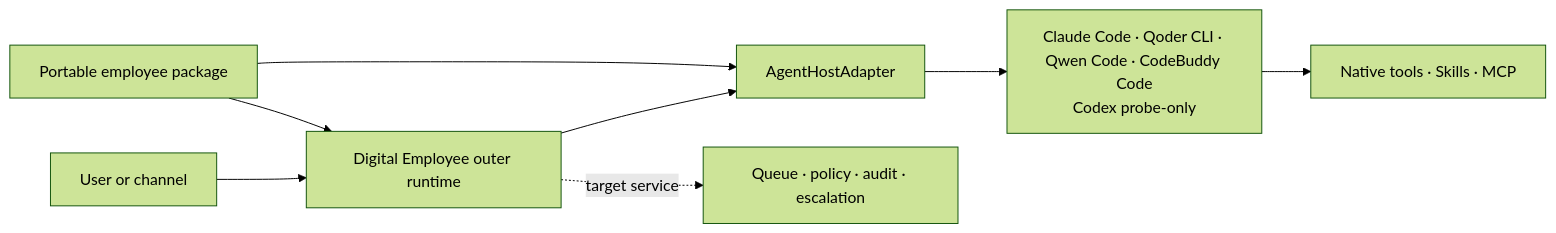
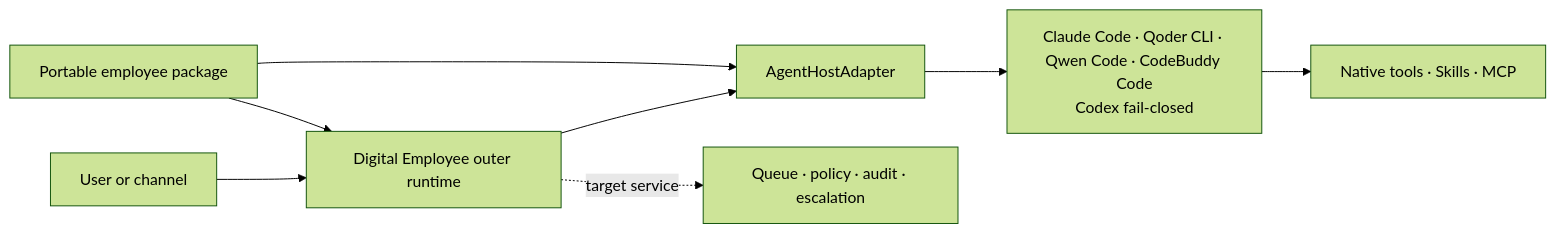
The first of 2 diagrams in docs/architecture.md (bytefolk/digital-employee), drawn with Mermaid (forest theme) before and after one commit. The commit also changed other lines of this file and 10 other files, not shown here.

First line of the commit message:
feat(host): promote Codex to a fail-closed runnable Adapter

````diff
--- a/docs/architecture.md
+++ b/docs/architecture.md
@@ -30,10 +30,10 @@
 ```mermaid
 flowchart LR
   U["User or channel"] --> O["Digital Employee outer runtime"]
   O --> H["AgentHostAdapter"]
-  H --> A["Claude Code · Qoder CLI · Qwen Code · CodeBuddy Code<br/>Codex probe-only"]
+  H --> A["Claude Code · Qoder CLI · Qwen Code · CodeBuddy Code<br/>Codex fail-closed"]
   A --> T["Native tools · Skills · MCP"]
   O -. target service .-> G["Queue · policy · audit · escalation"]
   P["Portable employee package"] --> O
   P --> H
 ```
````
